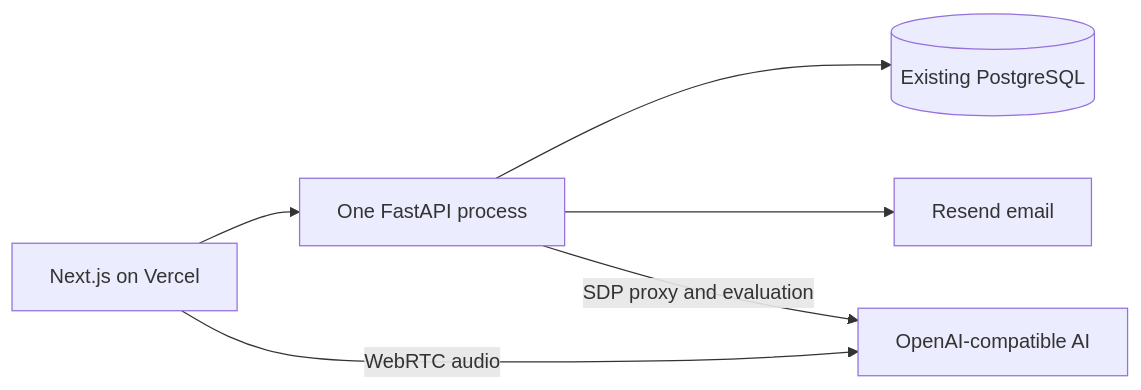
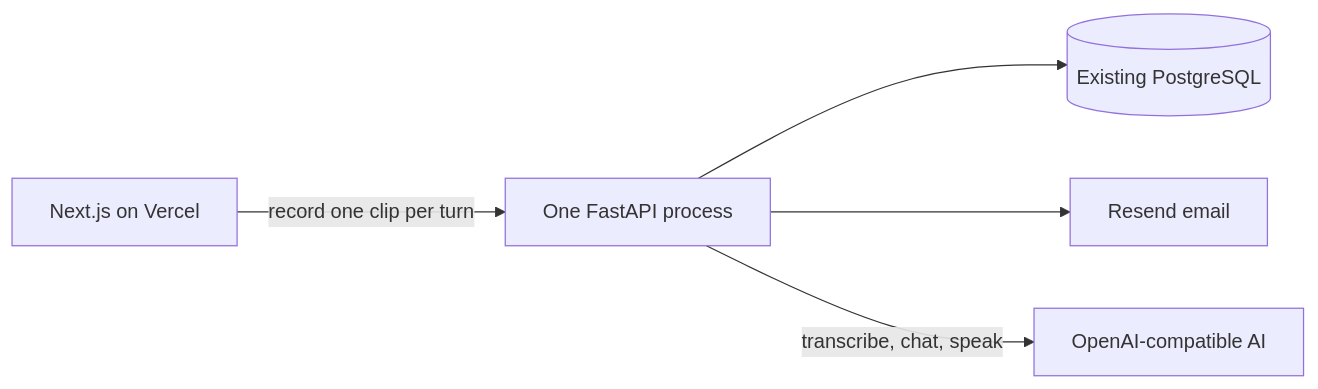
The diagram in docs/architecture/system-architecture.md (chintan-27/VishwaVaani), drawn with Mermaid before and after one commit. The commit also changed other lines of this file and 24 other files, not shown here.

````diff
--- a/docs/architecture/system-architecture.md
+++ b/docs/architecture/system-architecture.md
@@ -7,8 +7,7 @@
 ```mermaid
 flowchart LR
-    Browser[Next.js on Vercel] --> API[One FastAPI process]
+    Browser[Next.js on Vercel] -->|record one clip per turn| API[One FastAPI process]
     API --> PostgreSQL[(Existing PostgreSQL)]
     API --> Resend[Resend email]
-    Browser -->|WebRTC audio| AI[OpenAI-compatible AI]
-    API -->|SDP proxy and evaluation| AI
+    API -->|transcribe, chat, speak| AI[OpenAI-compatible AI]
 ```
````
